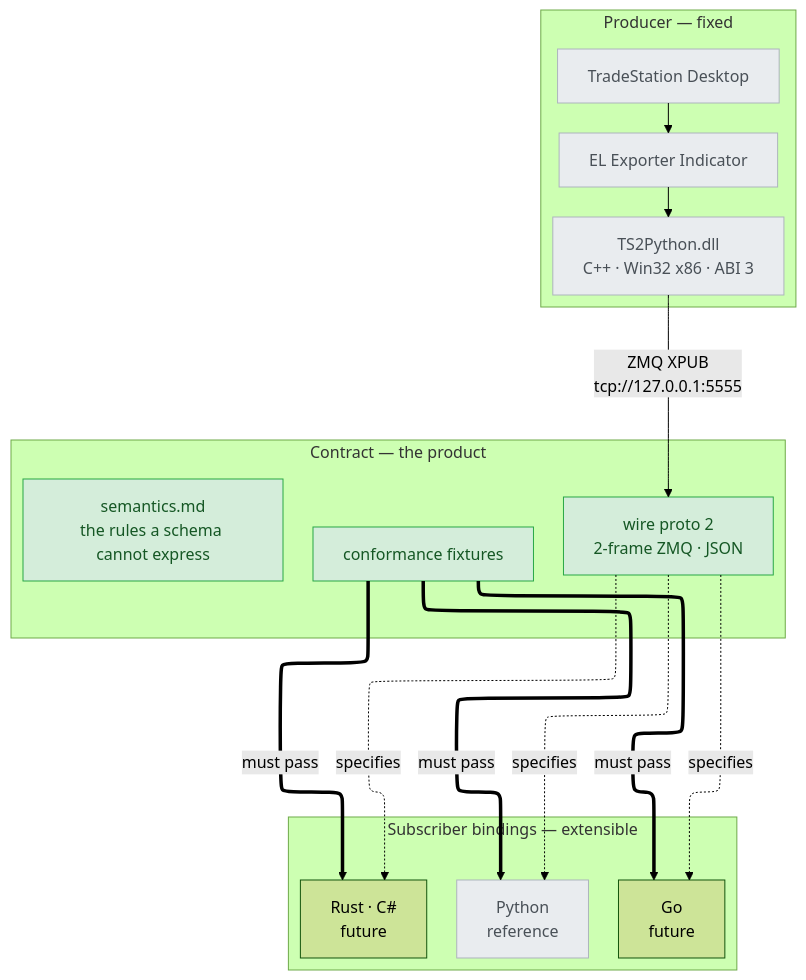
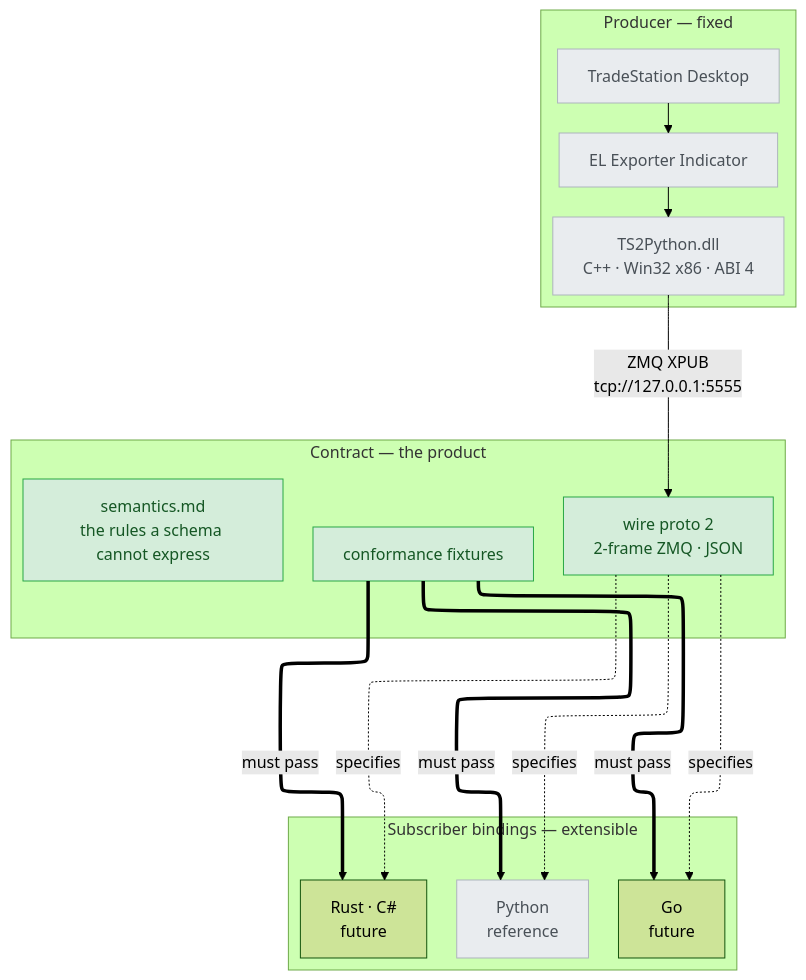
Before and after one commit to millerlai/tradestation-data-provider: the diagram in README.md, drawn with Mermaid (forest theme). The commit also changed other lines of this file and 26 other files, not shown here.

````diff
--- a/README.md
+++ b/README.md
@@ -18,38 +18,38 @@
 ```mermaid
 ---
 config:
   flowchart:
     defaultRenderer: elk
 ---
 flowchart TB
     subgraph PROD["Producer — fixed"]
         direction TB
         TS["TradeStation Desktop"]
         EL["EL Exporter Indicator"]
-        DLL["TS2Python.dll<br/>C++ · Win32 x86 · ABI 3"]
+        DLL["TS2Python.dll<br/>C++ · Win32 x86 · ABI 4"]
         TS --> EL --> DLL
     end
     subgraph CON["Contract — the product"]
         WIRE["wire proto 2<br/>2-frame ZMQ · JSON"]
         SEM["semantics.md<br/>the rules a schema cannot express"]
         FIX["conformance fixtures"]
     end
     subgraph BIND["Subscriber bindings — extensible"]
         direction LR
         PY["Python<br/>reference"]
         GO["Go<br/>future"]
         RS["Rust · C#<br/>future"]
     end
     DLL -->|"ZMQ XPUB<br/>tcp://127.0.0.1:5555"| WIRE
     WIRE -.->|specifies| PY
     WIRE -.->|specifies| GO
     WIRE -.->|specifies| RS
     FIX ==>|must pass| PY
     FIX ==>|must pass| GO
     FIX ==>|must pass| RS
 
     classDef existing fill:#e9ecef,stroke:#adb5bd,color:#495057
     classDef added fill:#d4edda,stroke:#28a745,color:#155724
     class TS,EL,DLL,PY existing
     class WIRE,SEM,FIX added
 ```
````
